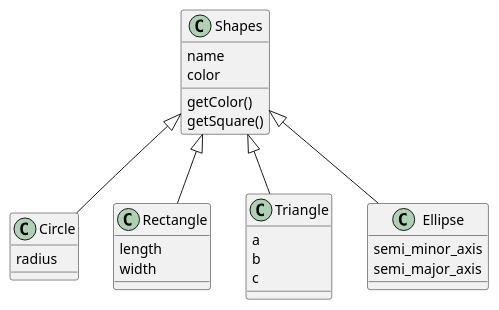
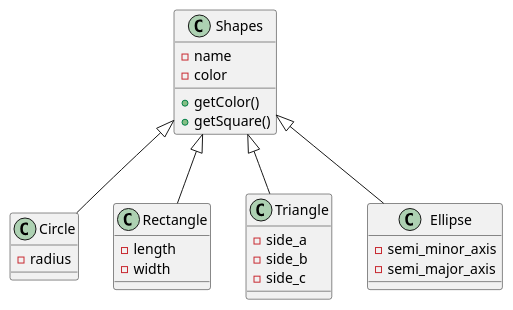
The diagram in UML practice/docs/diagrams/src/Shapes.wsd (milovdg/UMLPractice), drawn with PlantUML before and after one commit. The commit also changed 1 other file, not shown here.

```diff
--- a/UML practice/docs/diagrams/src/Shapes.wsd
+++ b/UML practice/docs/diagrams/src/Shapes.wsd
@@ -1,26 +1,24 @@
 @startuml
 Shapes <|-- Circle
 
-Circle : radius
+Circle : -radius
 
-Shapes : name
-Shapes : color
-Shapes : getColor()
-Shapes : getSquare()
-
-
+Shapes : -name
+Shapes : -color
+Shapes : +getColor()
+Shapes : +getSquare()
 
 Shapes <|-- Rectangle
-Rectangle : length
-Rectangle : width
+Rectangle : -length
+Rectangle : -width
 
 Shapes <|-- Triangle
-Triangle : a
-Triangle : b
-Triangle : c
+Triangle : -side_a
+Triangle : -side_b
+Triangle : -side_c
 
 Shapes <|-- Ellipse
-Ellipse : semi_minor_axis
-Ellipse : semi_major_axis
+Ellipse : -semi_minor_axis
+Ellipse : -semi_major_axis
 
 @enduml
```
